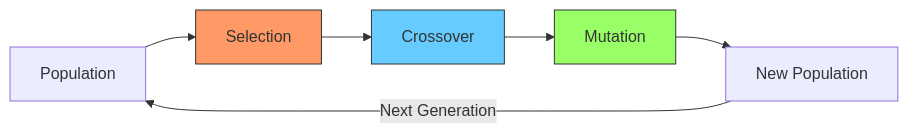
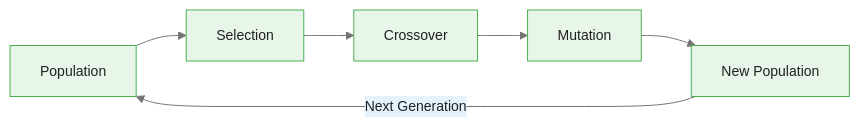
The first of 4 diagrams in courses/genetic-algorithms-feature-selection/modules/module_00_foundations/guides/02_evolutionary_operators_slides.md (m-deane/course-creator), drawn with Mermaid before and after one commit. The commit also changed other lines of this file and 52 other files, not shown here.

````diff
--- a/courses/genetic-algorithms-feature-selection/modules/module_00_foundations/guides/02_evolutionary_operators_slides.md
+++ b/courses/genetic-algorithms-feature-selection/modules/module_00_foundations/guides/02_evolutionary_operators_slides.md
@@ -24,11 +24,9 @@
 ```mermaid
+%%{init: {"theme": "base", "themeVariables": {"primaryColor": "#e8f5e9", "primaryBorderColor": "#4caf50", "primaryTextColor": "#212121", "secondaryColor": "#e3f2fd", "tertiaryColor": "#fff8e1", "lineColor": "#757575", "fontFamily": "Inter, sans-serif", "fontSize": "14px"}}}%%
 flowchart LR
     A[Population] --> B[Selection]
     B --> C[Crossover]
     C --> D[Mutation]
     D --> E[New Population]
     E -->|Next Generation| A
-    style B fill:#f96,stroke:#333
-    style C fill:#6cf,stroke:#333
-    style D fill:#9f6,stroke:#333
 ```
````
